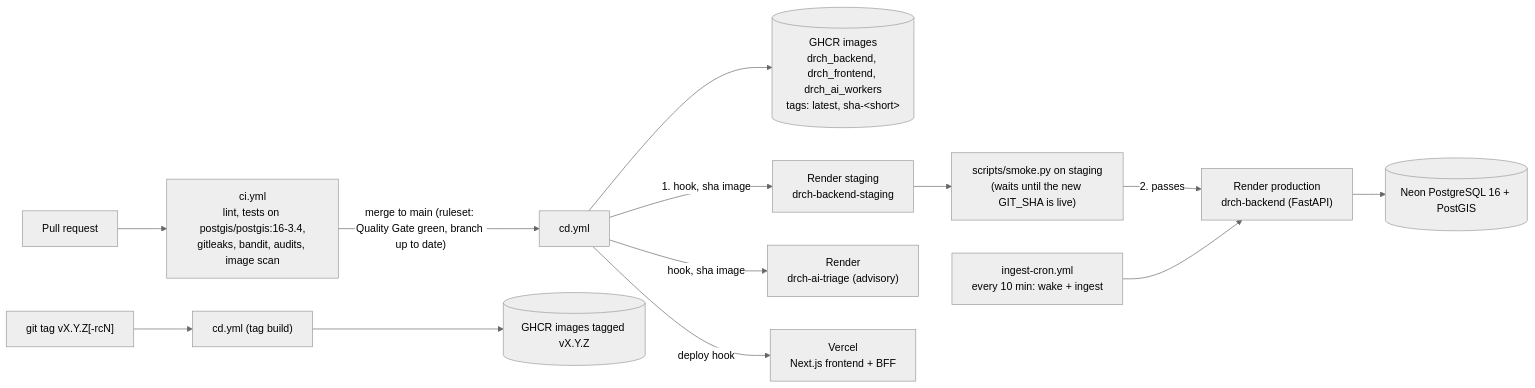
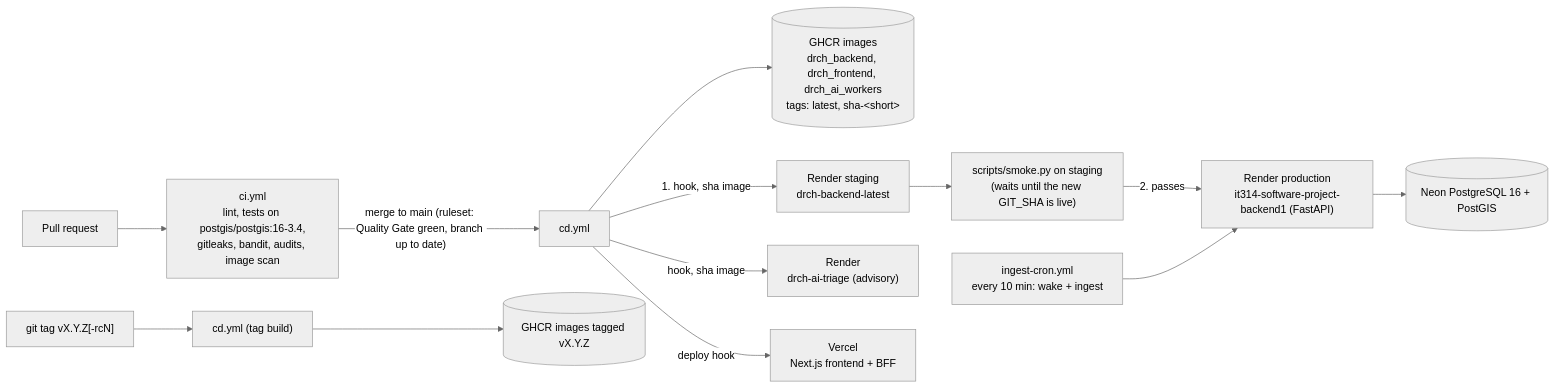
One commit to Siddhcreator-1706/IT314_Software_Project changed the second of 2 diagrams in docs/ARCHITECTURE.md. Above: the diagram before and after it, drawn with Mermaid (neutral theme). The commit also changed other lines of this file and 7 other files, not shown here.

````diff
--- a/docs/ARCHITECTURE.md
+++ b/docs/ARCHITECTURE.md
@@ -332,14 +333,14 @@
 ```mermaid
 flowchart LR
     Dev["Pull request"] --> CI["ci.yml<br/>lint, tests on postgis/postgis:16-3.4,<br/>gitleaks, bandit, audits, image scan"]
     CI -->|"merge to main (ruleset: Quality Gate green, branch up to date)"| CD["cd.yml"]
     CD --> GHCR[("GHCR images<br/>drch_backend, drch_frontend, drch_ai_workers<br/>tags: latest, sha-&lt;short&gt;")]
-    CD -->|1. hook, sha image| Staging["Render staging<br/>drch-backend-staging"]
+    CD -->|1. hook, sha image| Staging["Render staging<br/>drch-backend-latest"]
     Staging --> Smoke["scripts/smoke.py on staging<br/>(waits until the new GIT_SHA is live)"]
-    Smoke -->|2. passes| Render["Render production<br/>drch-backend (FastAPI)"]
+    Smoke -->|2. passes| Render["Render production<br/>it314-software-project-backend1 (FastAPI)"]
     CD -->|hook, sha image| AI["Render<br/>drch-ai-triage (advisory)"]
     CD -->|deploy hook| Vercel["Vercel<br/>Next.js frontend + BFF"]
     Render --> Neon[("Neon PostgreSQL 16 + PostGIS")]
     Cron["ingest-cron.yml<br/>every 10 min: wake + ingest"] --> Render
     Tag["git tag vX.Y.Z[-rcN]"] --> CDTag["cd.yml (tag build)"] --> GHCRv[("GHCR images tagged vX.Y.Z")]
 ```
````
